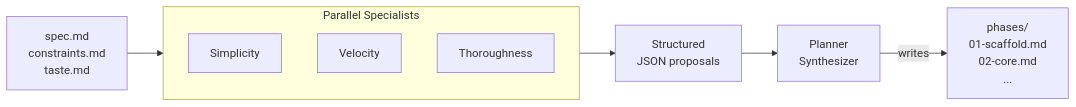
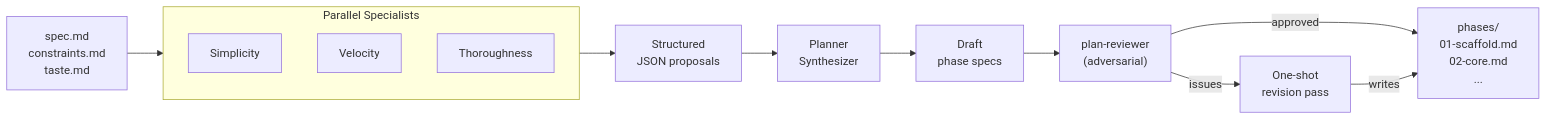
One commit to robmclarty/ridgeline changed the third of 6 diagrams in docs/ensemble-flows.md. Above: the diagram before and after it, drawn with Mermaid. The commit also changed other lines of this file and 6 other files, not shown here.

````diff
--- a/docs/ensemble-flows.md
+++ b/docs/ensemble-flows.md
@@ -203,15 +203,19 @@
 ```mermaid
 flowchart LR
     inputs["spec.md\nconstraints.md\ntaste.md"] --> specialists
 
     subgraph specialists ["Parallel Specialists"]
         direction TB
         simp[Simplicity]
         vel[Velocity]
         thor[Thoroughness]
     end
 
     specialists --> proposals["Structured\nJSON proposals"]
     proposals --> synthesizer[Planner\nSynthesizer]
-    synthesizer -->|writes| phases["phases/\n01-scaffold.md\n02-core.md\n..."]
+    synthesizer --> draft["Draft\nphase specs"]
+    draft --> reviewer["plan-reviewer\n(adversarial)"]
+    reviewer -->|approved| phases["phases/\n01-scaffold.md\n02-core.md\n..."]
+    reviewer -->|issues| revision["One-shot\nrevision pass"]
+    revision -->|writes| phases
 ```
````
